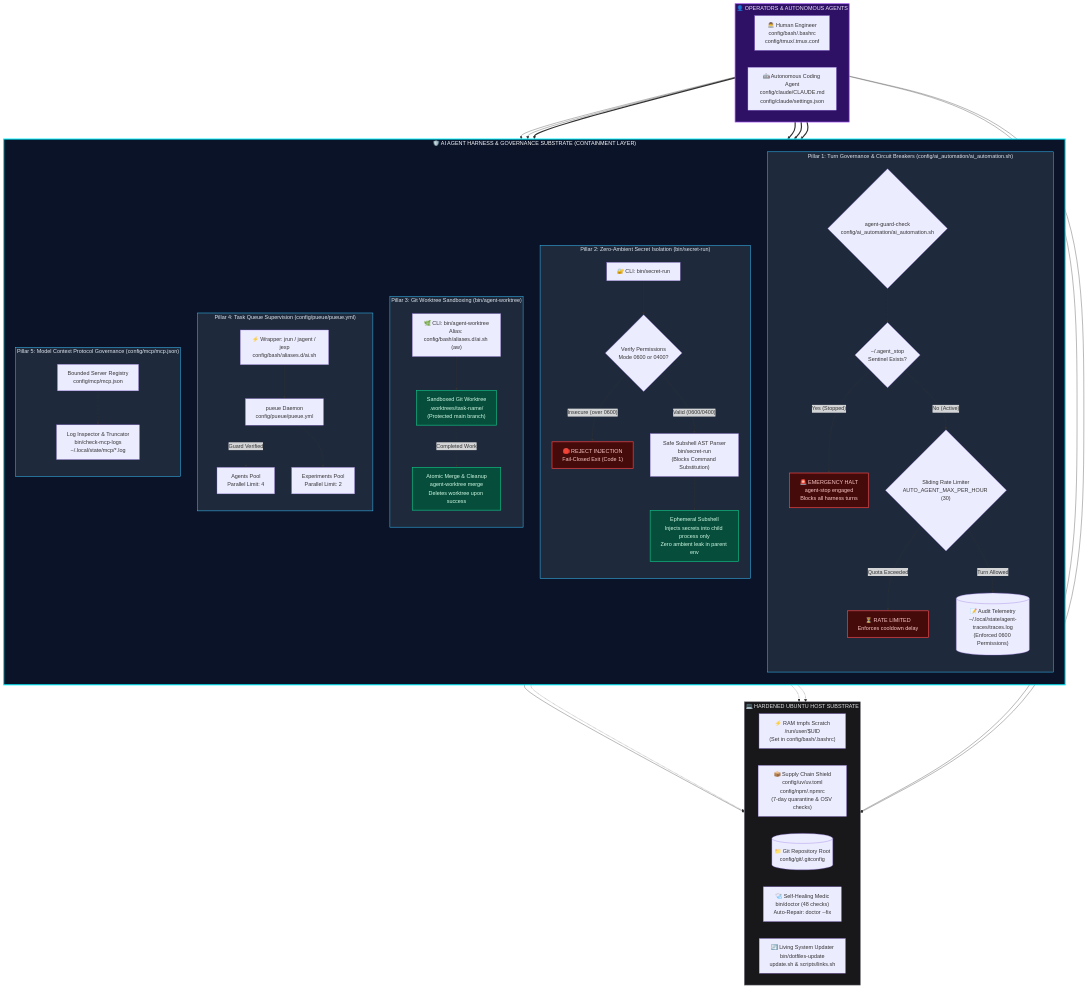
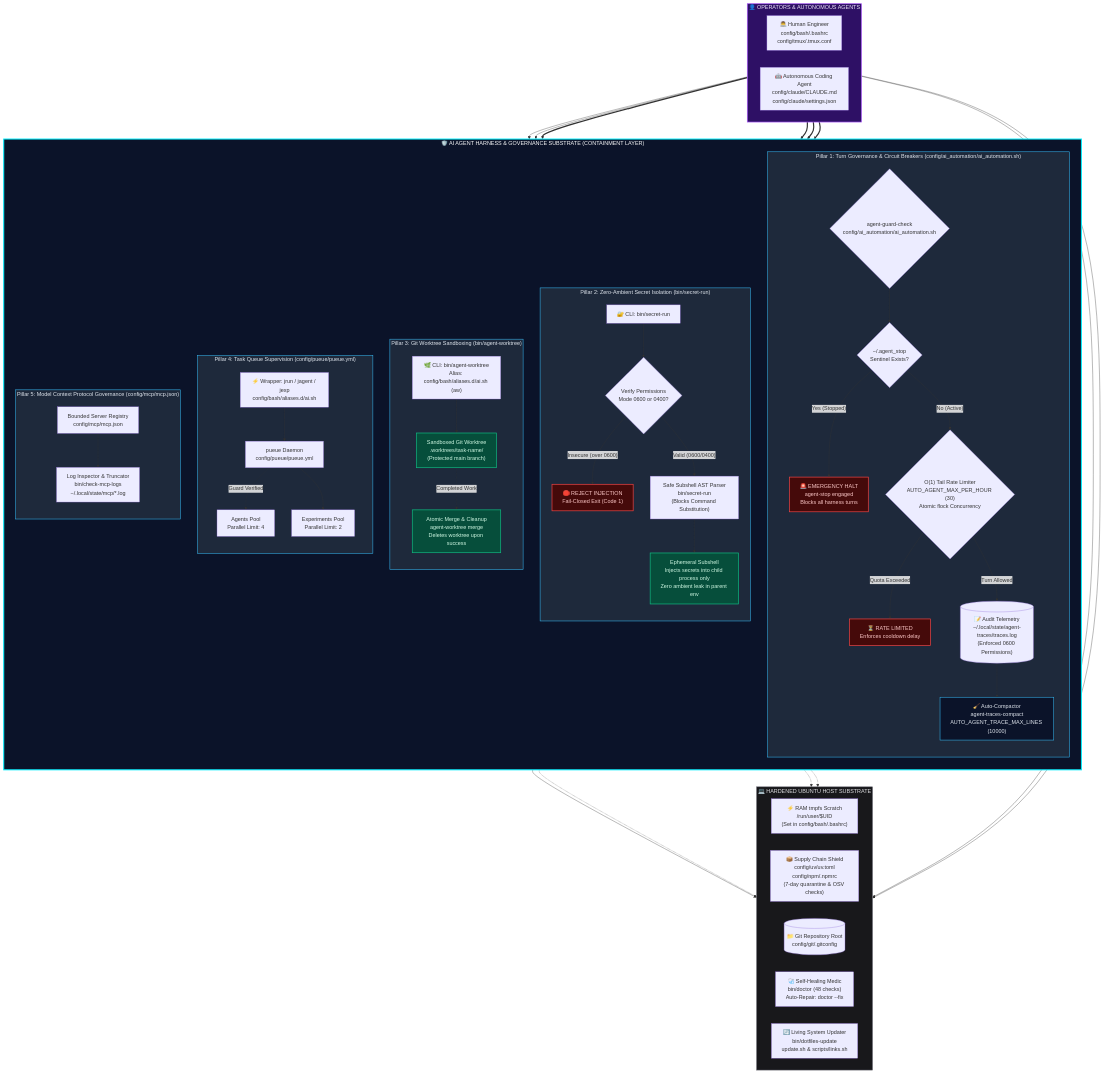
The first of 2 diagrams in docs/DIAGRAMS.md (jacob-adm/ai-automation-engineer-workstation), drawn with Mermaid before and after one commit. The commit also changed other lines of this file and 10 other files, not shown here.

First line of the commit message:
feat(runtime): optimize turn interception, enhance architectural diagrams & standardize 4-phase sequence

````diff
--- a/docs/DIAGRAMS.md
+++ b/docs/DIAGRAMS.md
@@ -82,9 +83,10 @@
             GUARD{"agent-guard-check<br/>config/ai_automation/ai_automation.sh"}
             SENTINEL{"~/.agent_stop<br/>Sentinel Exists?"}
             HALT["🚨 EMERGENCY HALT<br/>agent-stop engaged<br/>Blocks all harness turns"]
-            RATE{"Sliding Rate Limiter<br/>AUTO_AGENT_MAX_PER_HOUR (30)"}
+            RATE{"O(1) Tail Rate Limiter<br/>AUTO_AGENT_MAX_PER_HOUR (30)<br/>Atomic flock Concurrency"}
             RATE_REJECT["⏳ RATE LIMITED<br/>Enforces cooldown delay"]
             TRACE[("📝 Audit Telemetry<br/>~/.local/state/agent-traces/traces.log<br/>(Enforced 0600 Permissions)")]
+            COMPACT["🧹 Auto-Compactor<br/>agent-traces-compact<br/>AUTO_AGENT_TRACE_MAX_LINES (10000)"]
         end
 
         subgraph SECRETS ["Pillar 2: Zero-Ambient Secret Isolation (bin/secret-run)"]
@@ -149,6 +151,7 @@
     SENTINEL -- "No (Active)" --> RATE
     RATE -- "Quota Exceeded" --> RATE_REJECT
     RATE -- "Turn Allowed" --> TRACE
+    TRACE --> COMPACT
 
     %% Secret Isolation Interception Flow
     SECRUN --> CHMOD
@@ -193,4 +196,5 @@
     style CHILD fill:#064e3b,stroke:#10b981,stroke-width:2px,color:#d1fae5
     style SANDBOX fill:#064e3b,stroke:#10b981,stroke-width:2px,color:#d1fae5
     style MERGE fill:#064e3b,stroke:#10b981,stroke-width:2px,color:#d1fae5
+    style COMPACT fill:#0b1329,stroke:#38bdf8,stroke-width:1.5px,color:#e2e8f0
 ```
````
